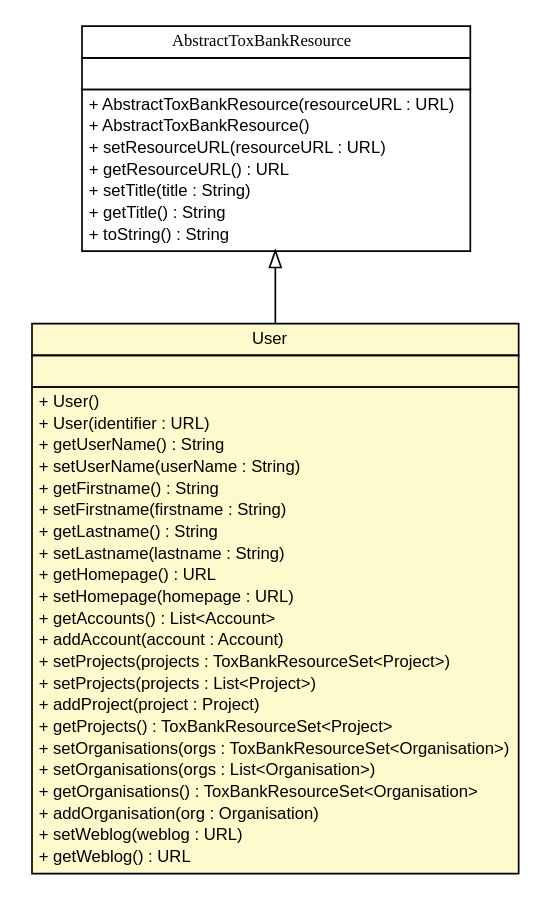
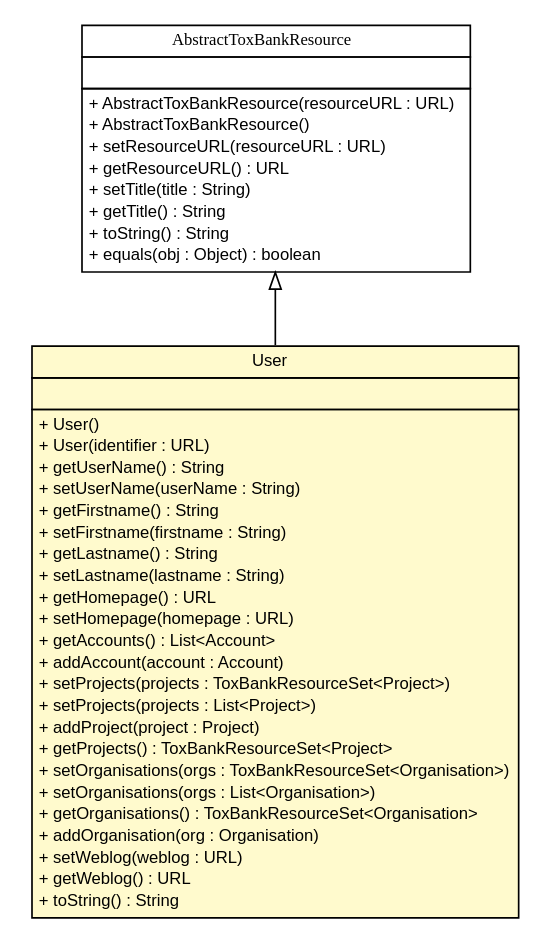
One commit to ToxBank/toxbank-api-beans changed the diagram in apidocs/net/toxbank/client/resource/User.dot. Above: the diagram before and after it, drawn with Graphviz. The commit also changed 216 other files, not shown here.

```diff
--- a/apidocs/net/toxbank/client/resource/User.dot
+++ b/apidocs/net/toxbank/client/resource/User.dot
@@ -1,63 +1,65 @@
 #!/usr/local/bin/dot
 #
 # Class diagram 
 # Generated by UmlGraph version 4.6 (http://www.spinellis.gr/sw/umlgraph)
 #
 
 digraph G {
 	edge [fontname="arial",fontsize=10,labelfontname="arial",labelfontsize=10];
 	node [fontname="arial",fontsize=10,shape=plaintext];
 	// net.toxbank.client.resource.User
-	c556 [label=<<table border="0" cellborder="1" cellspacing="0" cellpadding="2" port="p" bgcolor="lemonChiffon" href="./User.html">
+	c959 [label=<<table border="0" cellborder="1" cellspacing="0" cellpadding="2" port="p" bgcolor="lemonChiffon" href="./User.html">
 		<tr><td><table border="0" cellspacing="0" cellpadding="1">
 			<tr><td> User </td></tr>
 		</table></td></tr>
 		<tr><td><table border="0" cellspacing="0" cellpadding="1">
 			<tr><td align="left">  </td></tr>
 		</table></td></tr>
 		<tr><td><table border="0" cellspacing="0" cellpadding="1">
 			<tr><td align="left"> + User() </td></tr>
 			<tr><td align="left"> + User(identifier : URL) </td></tr>
 			<tr><td align="left"> + getUserName() : String </td></tr>
 			<tr><td align="left"> + setUserName(userName : String) </td></tr>
 			<tr><td align="left"> + getFirstname() : String </td></tr>
 			<tr><td align="left"> + setFirstname(firstname : String) </td></tr>
 			<tr><td align="left"> + getLastname() : String </td></tr>
 			<tr><td align="left"> + setLastname(lastname : String) </td></tr>
 			<tr><td align="left"> + getHomepage() : URL </td></tr>
 			<tr><td align="left"> + setHomepage(homepage : URL) </td></tr>
 			<tr><td align="left"> + getAccounts() : List&lt;Account&gt; </td></tr>
 			<tr><td align="left"> + addAccount(account : Account) </td></tr>
 			<tr><td align="left"> + setProjects(projects : ToxBankResourceSet&lt;Project&gt;) </td></tr>
 			<tr><td align="left"> + setProjects(projects : List&lt;Project&gt;) </td></tr>
 			<tr><td align="left"> + addProject(project : Project) </td></tr>
 			<tr><td align="left"> + getProjects() : ToxBankResourceSet&lt;Project&gt; </td></tr>
 			<tr><td align="left"> + setOrganisations(orgs : ToxBankResourceSet&lt;Organisation&gt;) </td></tr>
 			<tr><td align="left"> + setOrganisations(orgs : List&lt;Organisation&gt;) </td></tr>
 			<tr><td align="left"> + getOrganisations() : ToxBankResourceSet&lt;Organisation&gt; </td></tr>
 			<tr><td align="left"> + addOrganisation(org : Organisation) </td></tr>
 			<tr><td align="left"> + setWeblog(weblog : URL) </td></tr>
 			<tr><td align="left"> + getWeblog() : URL </td></tr>
+			<tr><td align="left"> + toString() : String </td></tr>
 		</table></td></tr>
 		</table>>, fontname="arial", fontcolor="black", fontsize=10.0];
 	// net.toxbank.client.resource.AbstractToxBankResource
-	c570 [label=<<table border="0" cellborder="1" cellspacing="0" cellpadding="2" port="p" href="./AbstractToxBankResource.html">
+	c973 [label=<<table border="0" cellborder="1" cellspacing="0" cellpadding="2" port="p" href="./AbstractToxBankResource.html">
 		<tr><td><table border="0" cellspacing="0" cellpadding="1">
 			<tr><td><font face="ariali"> AbstractToxBankResource </font></td></tr>
 		</table></td></tr>
 		<tr><td><table border="0" cellspacing="0" cellpadding="1">
 			<tr><td align="left">  </td></tr>
 		</table></td></tr>
 		<tr><td><table border="0" cellspacing="0" cellpadding="1">
 			<tr><td align="left"> + AbstractToxBankResource(resourceURL : URL) </td></tr>
 			<tr><td align="left"> + AbstractToxBankResource() </td></tr>
 			<tr><td align="left"> + setResourceURL(resourceURL : URL) </td></tr>
 			<tr><td align="left"> + getResourceURL() : URL </td></tr>
 			<tr><td align="left"> + setTitle(title : String) </td></tr>
 			<tr><td align="left"> + getTitle() : String </td></tr>
 			<tr><td align="left"> + toString() : String </td></tr>
+			<tr><td align="left"> + equals(obj : Object) : boolean </td></tr>
 		</table></td></tr>
 		</table>>, fontname="arial", fontcolor="black", fontsize=10.0];
 	//net.toxbank.client.resource.User extends net.toxbank.client.resource.AbstractToxBankResource
-	c570:p -> c556:p [dir=back,arrowtail=empty];
+	c973:p -> c959:p [dir=back,arrowtail=empty];
 }
```
